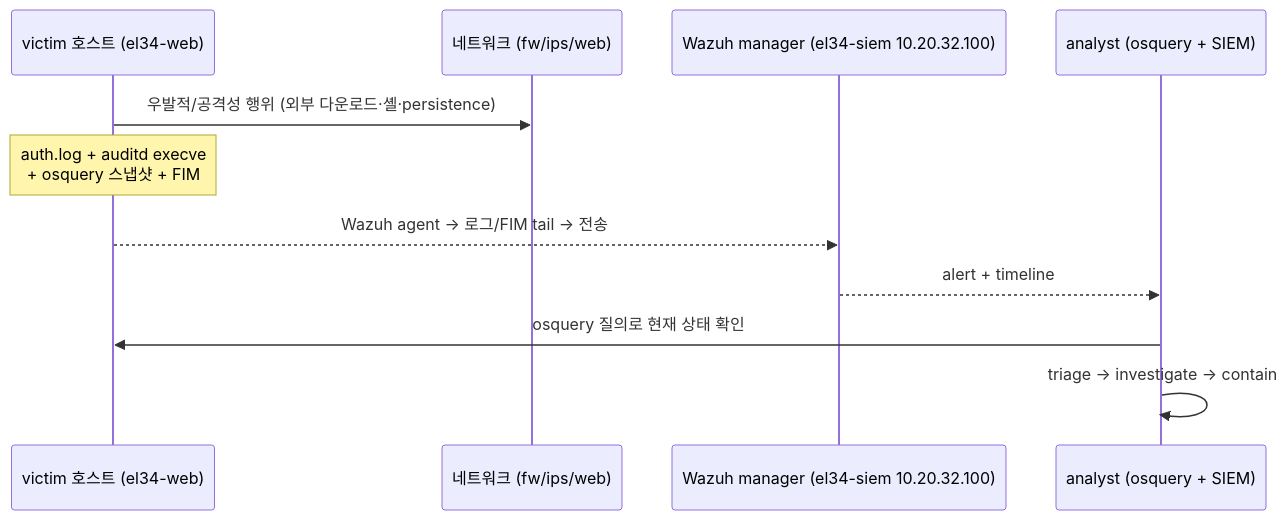
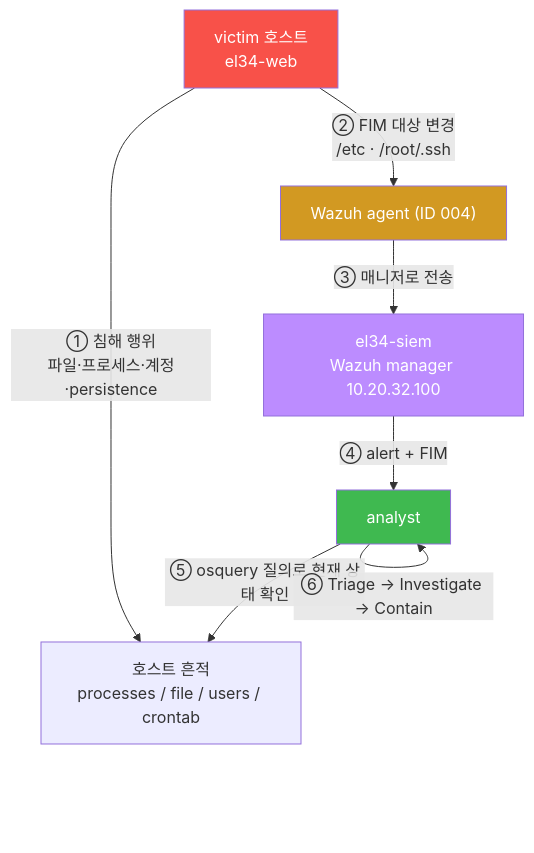
The second of 6 diagrams in contents/training/secuops/lecture_week07.md (mrgrit/tw2), drawn with Mermaid before and after one commit. The commit also changed other lines of this file and 6 other files, not shown here.

````diff
--- a/contents/training/secuops/lecture_week07.md
+++ b/contents/training/secuops/lecture_week07.md
@@ -71,14 +207,13 @@
 ```mermaid
-sequenceDiagram
-    participant V as victim 호스트 (el34-web)
-    participant N as 네트워크 (fw/ips/web)
-    participant S as Wazuh manager (el34-siem 10.20.32.100)
-    participant A as analyst (osquery + SIEM)
-
-    V->>N: 우발적/공격성 행위 (외부 다운로드·셸·persistence)
-    Note over V: auth.log + auditd execve<br/>+ osquery 스냅샷 + FIM
-    V-->>S: Wazuh agent → 로그/FIM tail → 전송
-    S-->>A: alert + timeline
-    A->>V: osquery 질의로 현재 상태 확인
-    A->>A: triage → investigate → contain
+graph TD
+    V["victim 호스트<br/>el34-web"] -->|"① 침해 행위<br/>파일·프로세스·계정·persistence"| TRACE["호스트 흔적<br/>processes / file / users / crontab"]
+    V -->|"② FIM 대상 변경<br/>/etc · /root/.ssh"| WA["Wazuh agent (ID 004)"]
+    WA -->|"③ 매니저로 전송"| SIEM["el34-siem<br/>Wazuh manager 10.20.32.100"]
+    SIEM -->|"④ alert + FIM"| AN["analyst"]
+    AN -->|"⑤ osquery 질의로 현재 상태 확인"| TRACE
+    AN -->|"⑥ Triage → Investigate → Contain"| AN
+    style V fill:#f85149,color:#fff
+    style WA fill:#d29922,color:#fff
+    style SIEM fill:#bc8cff,color:#fff
+    style AN fill:#3fb950,color:#fff
 ```
````
